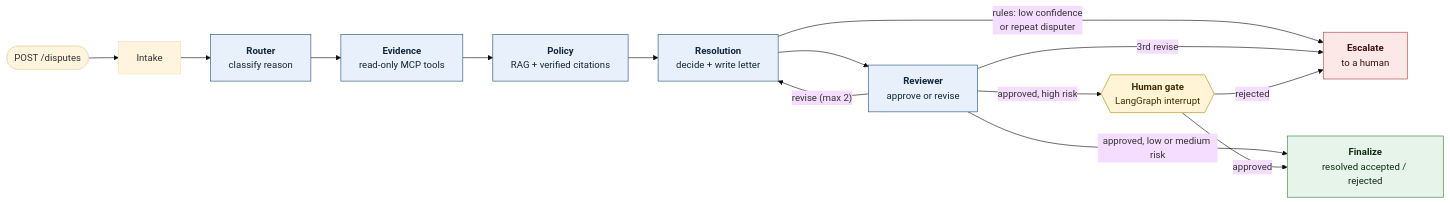
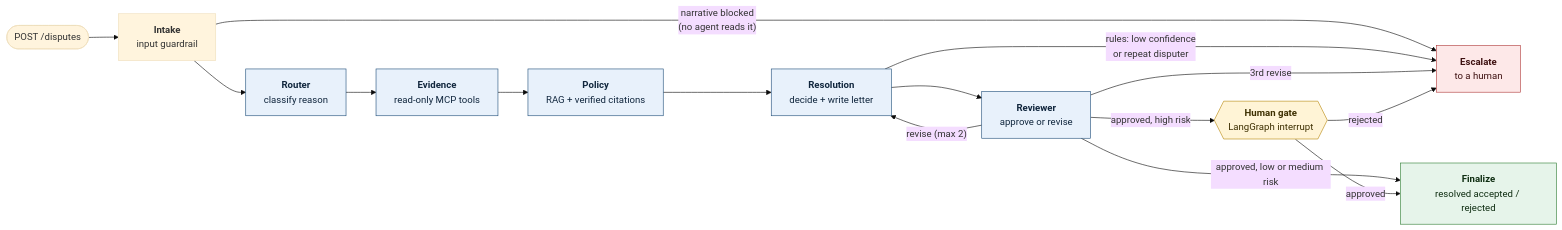
One commit to srinivasvarala/DisputeDesk-Multi-Agent-Card-Dispute-Resolution-Platform changed the second of 2 diagrams in README.md. Above: the diagram before and after it, drawn with Mermaid (base theme). The commit also changed other lines of this file and 7 other files, not shown here.

First line of the commit message:
docs: record M7.4 results; input guardrail is live; fix the blocked-case miss list

````diff
--- a/README.md
+++ b/README.md
@@ -145,25 +145,26 @@
 ```mermaid
 flowchart LR
-    START(["POST /disputes"]) --> INTAKE["Intake"]
+    START(["POST /disputes"]) --> INTAKE["<b>Intake</b><br/>input guardrail"]
+    INTAKE -->|"narrative blocked<br/>(no agent reads it)"| ESCALATE
     INTAKE --> ROUTER["<b>Router</b><br/>classify reason"]
     ROUTER --> EVIDENCE["<b>Evidence</b><br/>read-only MCP tools"]
     EVIDENCE --> POLICY["<b>Policy</b><br/>RAG + verified citations"]
     POLICY --> RESOLUTION["<b>Resolution</b><br/>decide + write letter"]
     RESOLUTION -->|"rules: low confidence<br/>or repeat disputer"| ESCALATE
     RESOLUTION --> REVIEWER["<b>Reviewer</b><br/>approve or revise"]
     REVIEWER -->|"revise (max 2)"| RESOLUTION
     REVIEWER -->|"3rd revise"| ESCALATE
     REVIEWER -->|"approved, low or medium risk"| FINALIZE
     REVIEWER -->|"approved, high risk"| GATE{{"<b>Human gate</b><br/>LangGraph interrupt"}}
     GATE -->|"approved"| FINALIZE["<b>Finalize</b><br/>resolved accepted / rejected"]
     GATE -->|"rejected"| ESCALATE["<b>Escalate</b><br/>to a human"]
 
     classDef agent fill:#e8f1fb,stroke:#1f4e79,color:#10263d
     classDef human fill:#fff4d6,stroke:#b8860b,color:#3d2f00
     classDef bad fill:#fde8e8,stroke:#b03a3a,color:#3d1010
     classDef good fill:#e6f4ea,stroke:#2e7d32,color:#0f2e12
     class ROUTER,EVIDENCE,POLICY,RESOLUTION,REVIEWER agent
     class GATE human
     class ESCALATE bad
     class FINALIZE good
 ```
````
